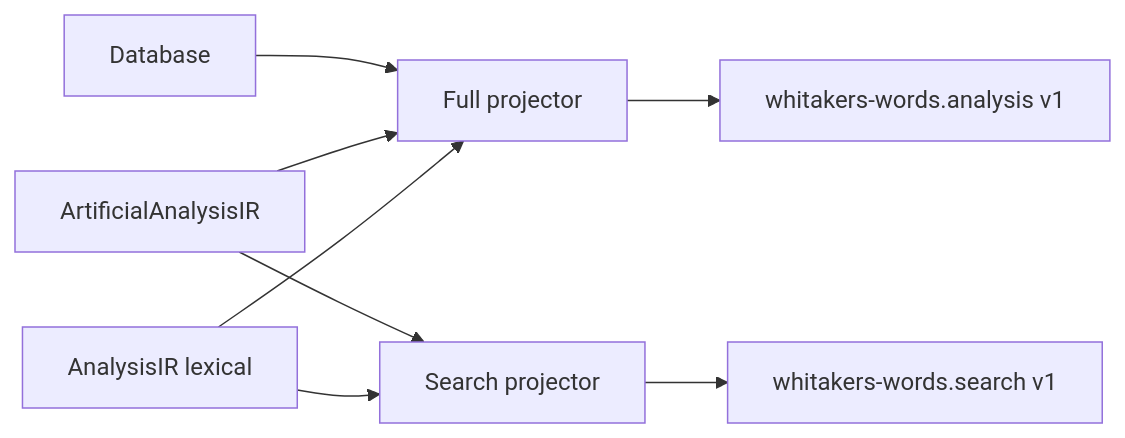
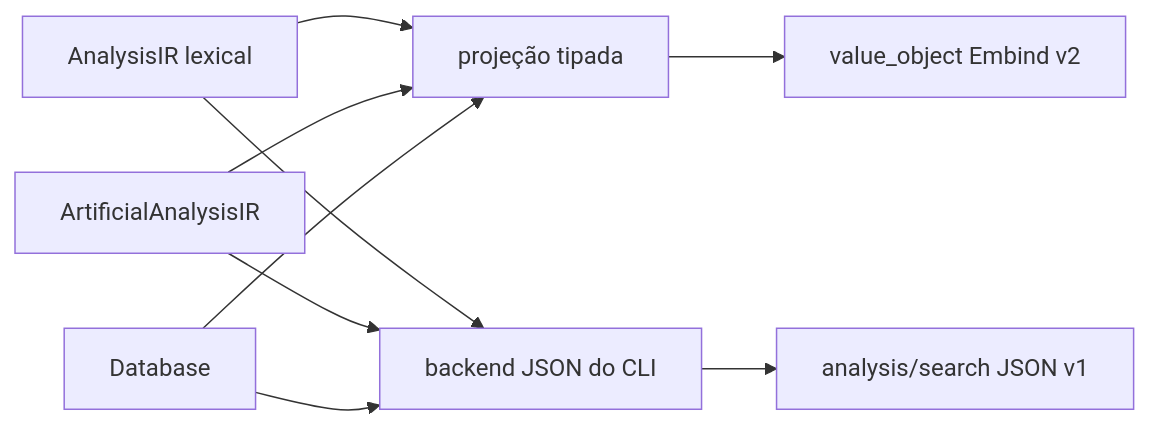
The fourth of 4 diagrams in whitakers-words/docs/arquitetura-engine-cpp23.md (Fabio3rs/WordsWASM), drawn with Mermaid before and after one commit. The commit also changed other lines of this file and 24 other files, not shown here.

Commit message:
Refatoração JSON e search

````diff
--- a/whitakers-words/docs/arquitetura-engine-cpp23.md
+++ b/whitakers-words/docs/arquitetura-engine-cpp23.md
@@ -493,10 +494,11 @@
 ```mermaid
 flowchart LR
-    A[AnalysisIR lexical] --> F[Full projector]
-    A --> S[Search projector]
-    R[ArtificialAnalysisIR] --> F
-    R --> S
-    D[Database] --> F
-    F --> AJ[whitakers-words.analysis v1]
-    S --> SJ[whitakers-words.search v1]
+    A[AnalysisIR lexical] --> T[projeção tipada]
+    R[ArtificialAnalysisIR] --> T
+    D[Database] --> T
+    T --> E[value_object Embind v2]
+    A --> J[backend JSON do CLI]
+    R --> J
+    D --> J
+    J --> AJ[analysis/search JSON v1]
 ```
````
